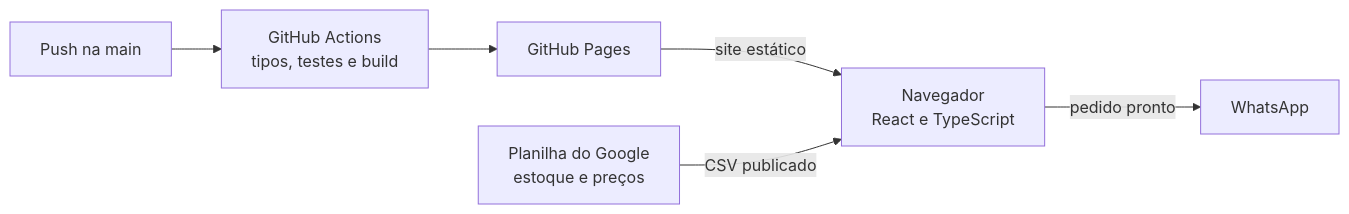
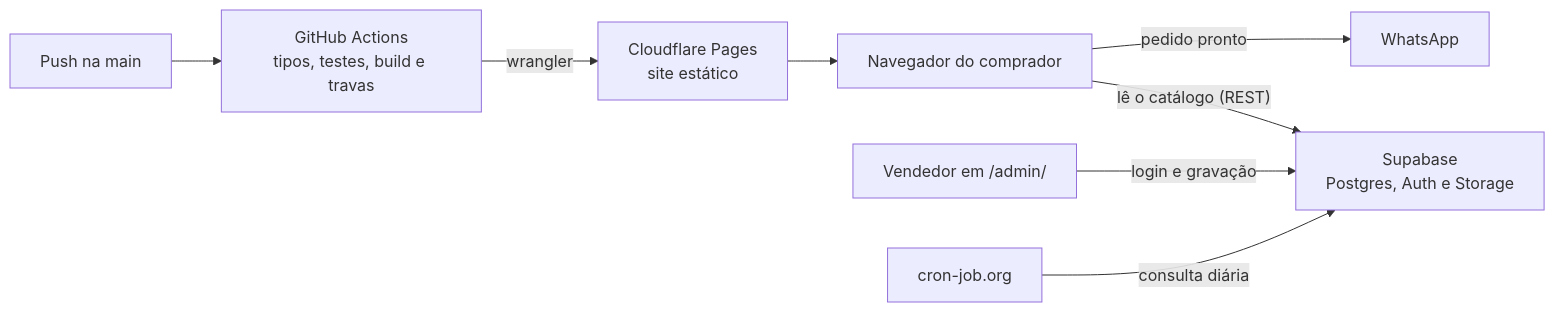
The diagram in README.md (EduardoFedeli/albummania), drawn with Mermaid before and after one commit. The commit also changed other lines of this file and 6 other files, not shown here.

````diff
--- a/README.md
+++ b/README.md
@@ -31,8 +39,10 @@
 ```mermaid
 flowchart LR
-    G["Push na main"] --> A["GitHub Actions<br>tipos, testes e build"]
-    A --> P["GitHub Pages"]
-    P -->|"site estático"| N["Navegador<br>React e TypeScript"]
-    S["Planilha do Google<br>estoque e preços"] -->|"CSV publicado"| N
+    G["Push na main"] --> A["GitHub Actions<br>tipos, testes, build e travas"]
+    A -->|"wrangler"| C["Cloudflare Pages<br>site estático"]
+    C --> N["Navegador do comprador"]
+    N -->|"lê o catálogo (REST)"| S["Supabase<br>Postgres, Auth e Storage"]
+    V["Vendedor em /admin/"] -->|"login e gravação"| S
     N -->|"pedido pronto"| W["WhatsApp"]
+    K["cron-job.org"] -->|"consulta diária"| S
 ```
````
